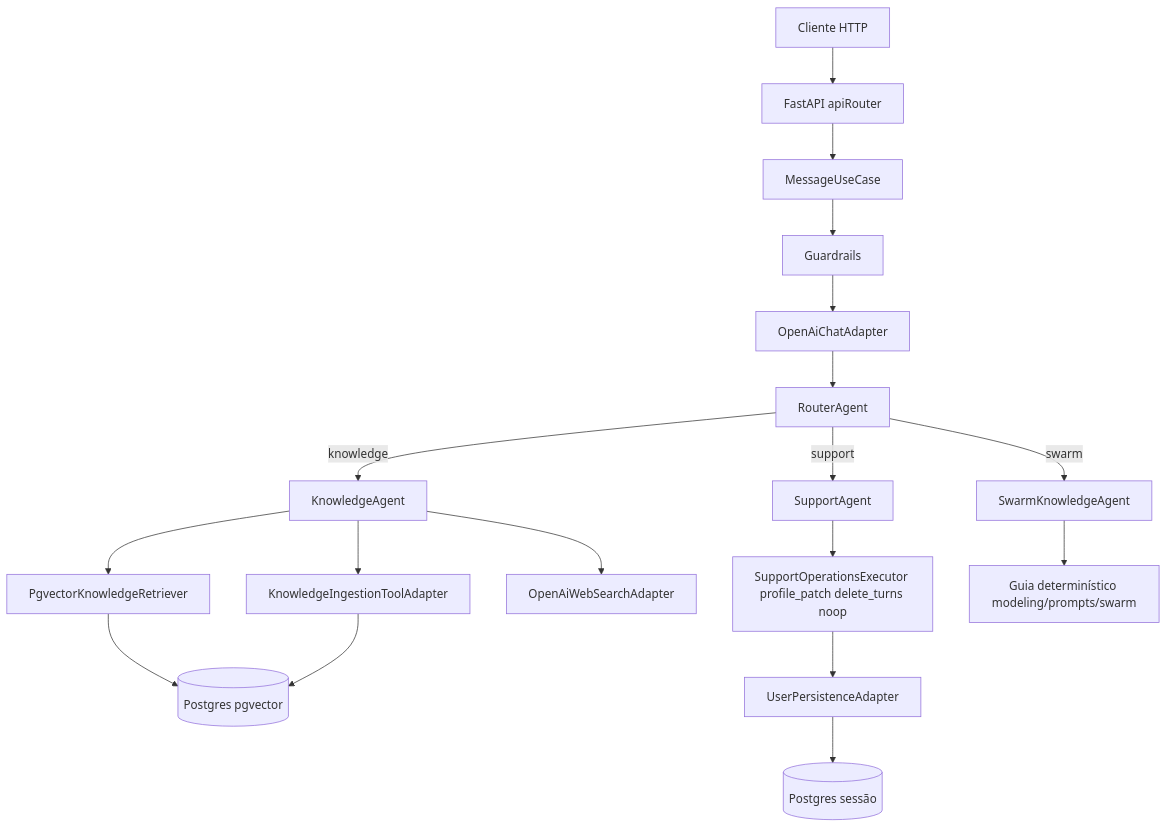
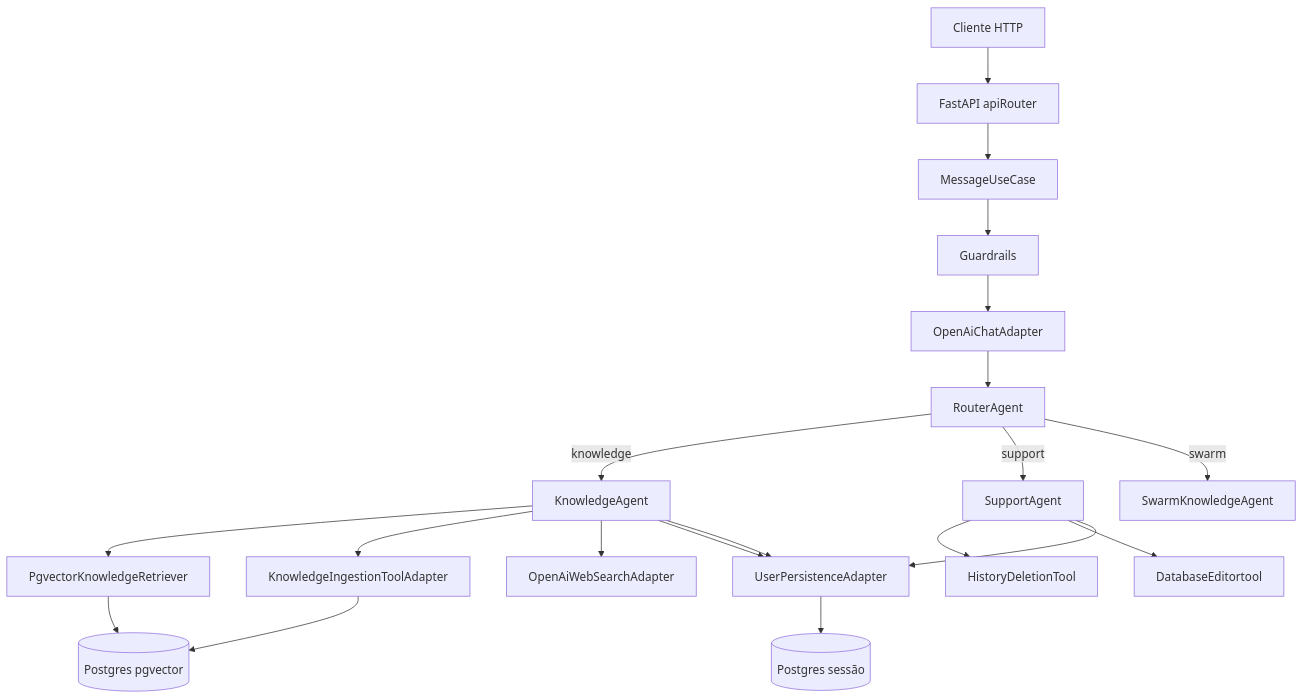
One commit to P-ASilva/Agent-Swarm-Backend changed the diagram in README.md. Above: the diagram before and after it, drawn with Mermaid.

````diff
--- a/README.md
+++ b/README.md
@@ -7,27 +7,28 @@
 ```mermaid
 flowchart TD
   Client[Cliente HTTP] --> API[FastAPI apiRouter]
   API --> UC[MessageUseCase]
 
   UC --> GRin["Guardrails"]
   GRin --> O[OpenAiChatAdapter]
   O --> R[RouterAgent]
   R -->|knowledge| K[KnowledgeAgent]
   R -->|support| S[SupportAgent]
   R -->|swarm| SW[SwarmKnowledgeAgent]
 
   K --> RET[PgvectorKnowledgeRetriever]
   K --> ING[KnowledgeIngestionToolAdapter]
   K --> WEB[OpenAiWebSearchAdapter]
 
-  S --> EX["SupportOperationsExecutor profile_patch delete_turns noop"]
-
-  SW --> SWP["Guia determinístico modeling/prompts/swarm"]
+  S --> HD["HistoryDeletionTool"]
+  S --> DE["DatabaseEditortool"]
 
   RET --> RAG[(Postgres pgvector)]
   ING --> RAG
 
-  EX --> PERM[UserPersistenceAdapter]
+  K --> PERM[UserPersistenceAdapter]
+  S --> PERM
+  K --> PERM
 
   PERM --> SESS[(Postgres sessão)]
 ```
````
